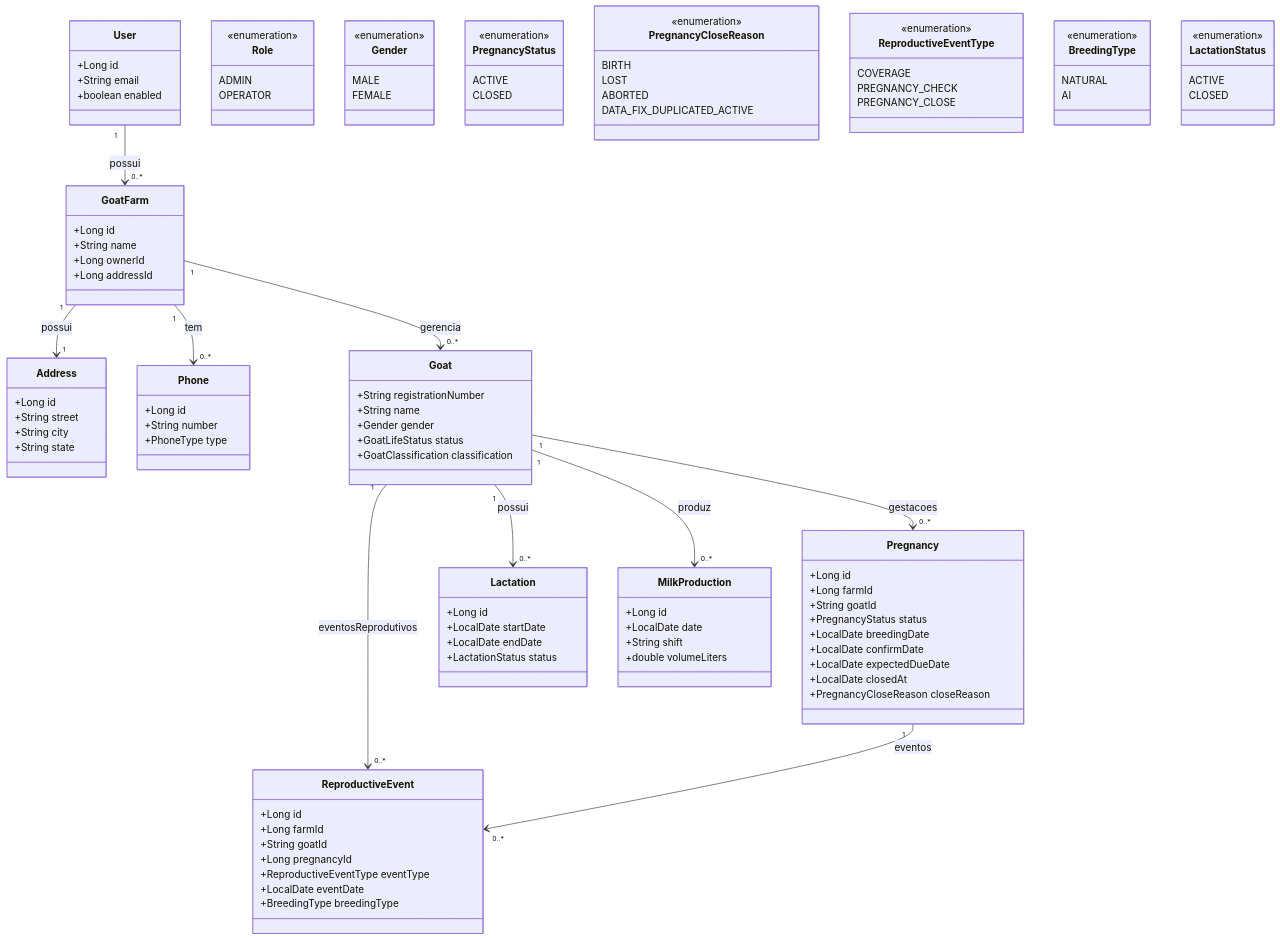
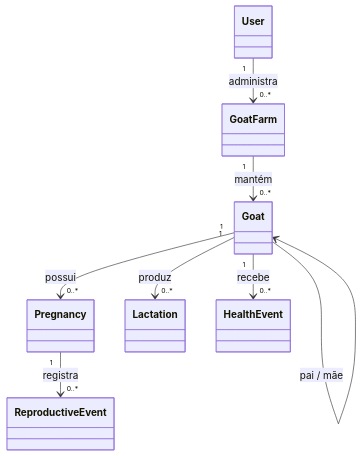
Before and after one commit to AlbertoVilar/caprigestor-backend: the second of 2 diagrams in README.md, drawn with Mermaid. The commit also changed other lines of this file, not shown here.

````diff
--- a/README.md
+++ b/README.md
@@ -367,133 +95,10 @@
 ```mermaid
 classDiagram
-    %% ========== MÓDULO FARM ==========
-    class GoatFarm {
-        +Long id
-        +String name
-        +Long ownerId
-        +Long addressId
-    }
-
-    class Address {
-        +Long id
-        +String street
-        +String city
-        +String state
-    }
-
-    class Phone {
-        +Long id
-        +String number
-        +PhoneType type
-    }
-
-    %% ========== MÓDULO AUTHORITY ==========
-    class User {
-        +Long id
-        +String email
-        +boolean enabled
-    }
-
-    class Role {
-        <<enumeration>>
-        ADMIN
-        OPERATOR
-    }
-
-    %% ========== MÓDULO GOAT ==========
-    class Goat {
-        +String registrationNumber
-        +String name
-        +Gender gender
-        +GoatLifeStatus status
-        +GoatClassification classification
-    }
-
-    class Gender {
-        <<enumeration>>
-        MALE
-        FEMALE
-    }
-
-    %% ========== MÓDULO REPRODUCTION ==========
-    class Pregnancy {
-        +Long id
-        +Long farmId
-        +String goatId
-        +PregnancyStatus status
-        +LocalDate breedingDate
-        +LocalDate confirmDate
-        +LocalDate expectedDueDate
-        +LocalDate closedAt
-        +PregnancyCloseReason closeReason
-    }
-
-    class ReproductiveEvent {
-        +Long id
-        +Long farmId
-        +String goatId
-        +Long pregnancyId
-        +ReproductiveEventType eventType
-        +LocalDate eventDate
-        +BreedingType breedingType
-    }
-
-    class PregnancyStatus {
-        <<enumeration>>
-        ACTIVE
-        CLOSED
-    }
-
-    class PregnancyCloseReason {
-        <<enumeration>>
-        BIRTH
-        LOST
-        ABORTED
-        DATA_FIX_DUPLICATED_ACTIVE
-    }
-
-    class ReproductiveEventType {
-        <<enumeration>>
-        COVERAGE
-        PREGNANCY_CHECK
-        PREGNANCY_CLOSE
-    }
-
-    class BreedingType {
-        <<enumeration>>
-        NATURAL
-        AI
-    }
-
-    %% ========== MÓDULO MILK ==========
-    class Lactation {
-        +Long id
-        +LocalDate startDate
-        +LocalDate endDate
-        +LactationStatus status
-    }
-
-    class MilkProduction {
-        +Long id
-        +LocalDate date
-        +String shift
-        +double volumeLiters
-    }
-
-    class LactationStatus {
-        <<enumeration>>
-        ACTIVE
-        CLOSED
-    }
-
-    %% ========== RELACIONAMENTOS ==========
-    GoatFarm "1" --> "1" Address : possui
-    GoatFarm "1" --> "0..*" Phone : tem
-    GoatFarm "1" --> "0..*" Goat : gerencia
-    Goat "1" --> "0..*" Lactation : possui
-    Goat "1" --> "0..*" MilkProduction : produz
-    Goat "1" --> "0..*" Pregnancy : gestacoes
-    Goat "1" --> "0..*" ReproductiveEvent : eventosReprodutivos
-    Pregnancy "1" --> "0..*" ReproductiveEvent : eventos
-    User "1" --> "0..*" GoatFarm : possui
+    User "1" --> "0..*" GoatFarm : administra
+    GoatFarm "1" --> "0..*" Goat : mantém
+    Goat "1" --> "0..*" Pregnancy : possui
+    Goat "1" --> "0..*" Lactation : produz
+    Goat "1" --> "0..*" HealthEvent : recebe
+    Pregnancy "1" --> "0..*" ReproductiveEvent : registra
+    Goat --> Goat : pai / mãe
 ```
````
